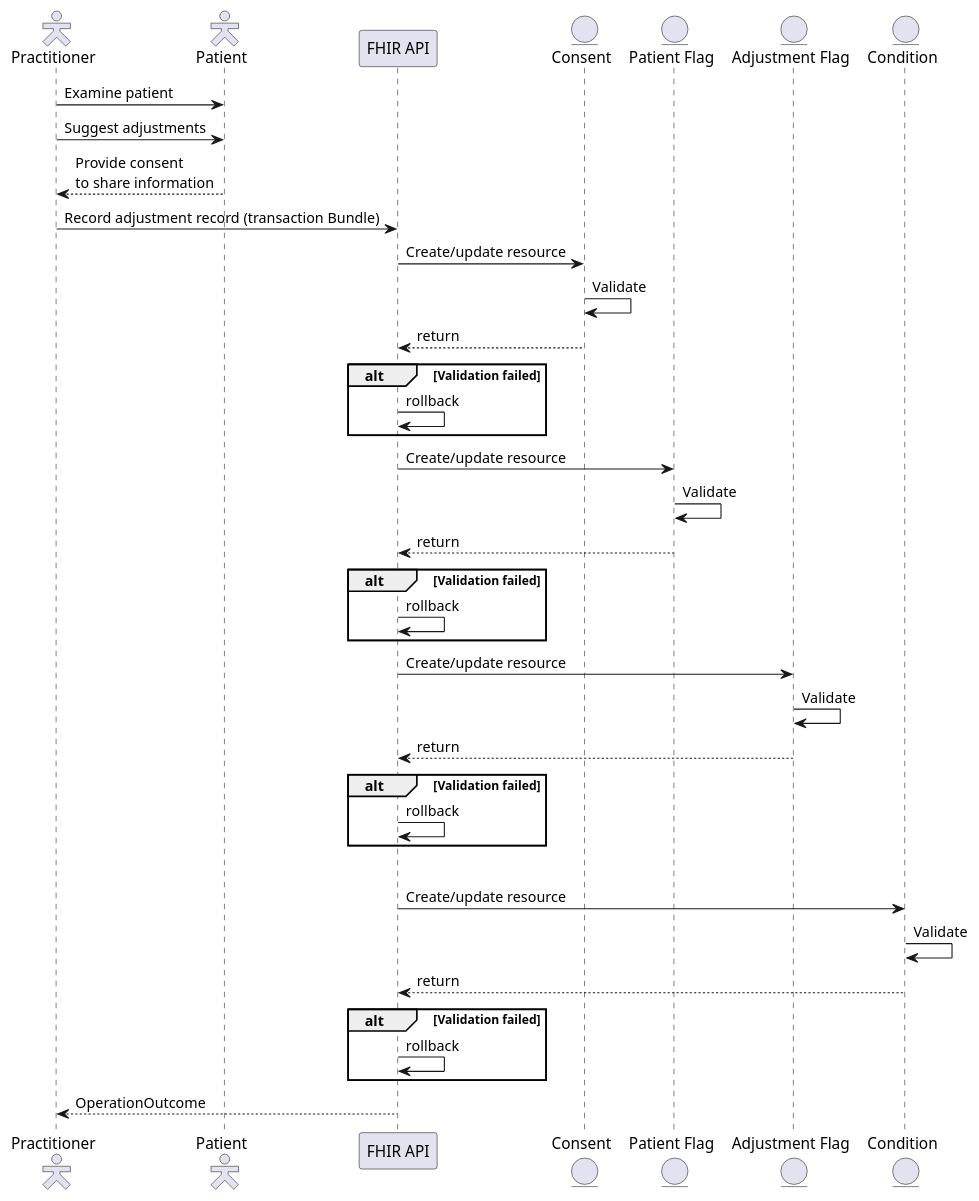
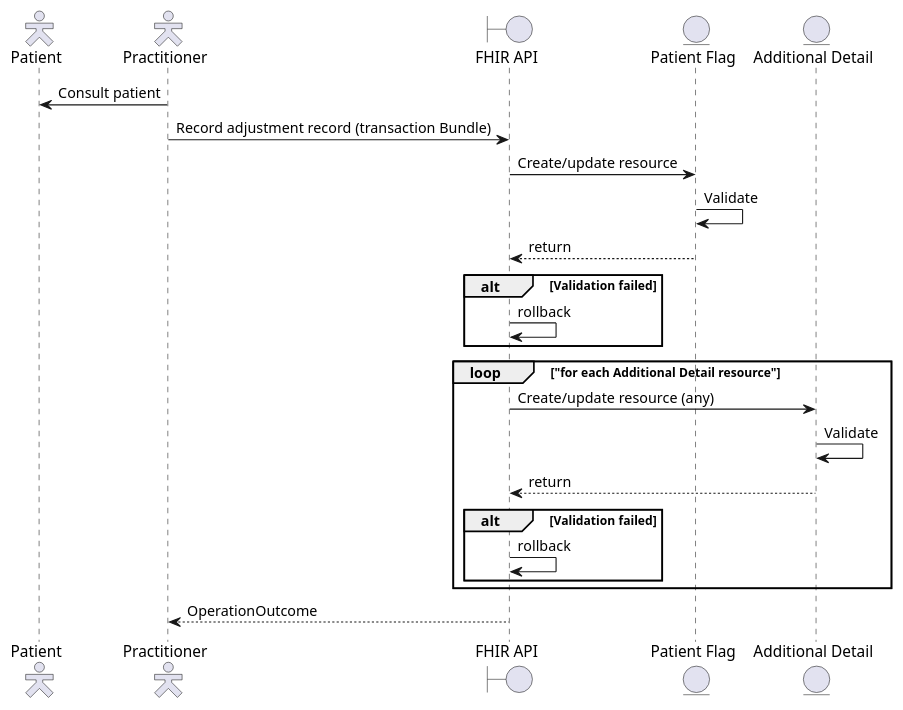
One commit to NHSDigital/ra-sandbox changed the diagram in input/images-source/add-pf-record-sequence.plantuml. Above: the diagram before and after it, drawn with PlantUML. The commit also changed other lines of this file and 1 other file, not shown here.

```diff
--- a/input/images-source/add-pf-record-sequence.plantuml
+++ b/input/images-source/add-pf-record-sequence.plantuml
@@ -1,49 +1,31 @@
 @startuml
 
 skinparam actorStyle hollow
 
+actor        "Patient"          as pat
 actor        "Practitioner"     as pra
-actor        "Patient"          as pat
-participant  "FHIR API"         as api
-entity       "Consent"          as con
+boundary     "FHIR API"         as api
 entity       "Patient Flag"     as flg
-entity       "Adjustment Flag"  as adj
-entity       "Condition"        as cod
+entity       "Additional Detail"  as add
 
-pra ->  pat : Examine patient
-pra ->  pat : Suggest adjustments
-pra <-- pat : Provide consent\nto share information
-
+pra ->  pat : Consult patient
 pra ->  api : Record adjustment record (transaction Bundle)
-
-api ->  con : Create/update resource
-con ->  con : Validate
-api <-- con : return
-alt Validation failed
-  api -> api : rollback
-end
 
 api ->  flg : Create/update resource
 flg ->  flg : Validate
 api <-- flg : return
 alt Validation failed
   api -> api : rollback
 end
 
-api ->  adj : Create/update resource
-adj ->  adj : Validate
-api <-- adj : return
-alt Validation failed
-  api -> api : rollback
-end
-
-alt Condition also to be recorded
-api ->  cod : Create/update resource
-cod ->  cod : Validate
-api <-- cod : return
-alt Validation failed
-  api -> api : rollback
+loop "for each Additional Detail resource"
+  api ->  add : Create/update resource (any)
+  add ->  add : Validate
+  api <-- add : return
+  alt Validation failed
+    api -> api : rollback
+  end
 end
 pra <-- api : OperationOutcome
 
 @enduml
```
